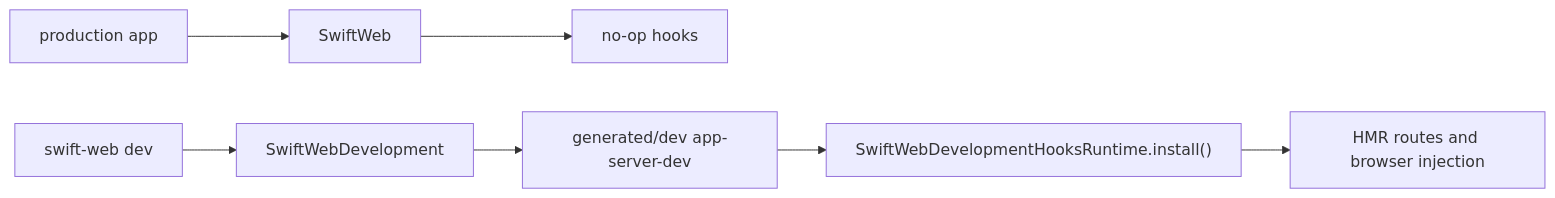
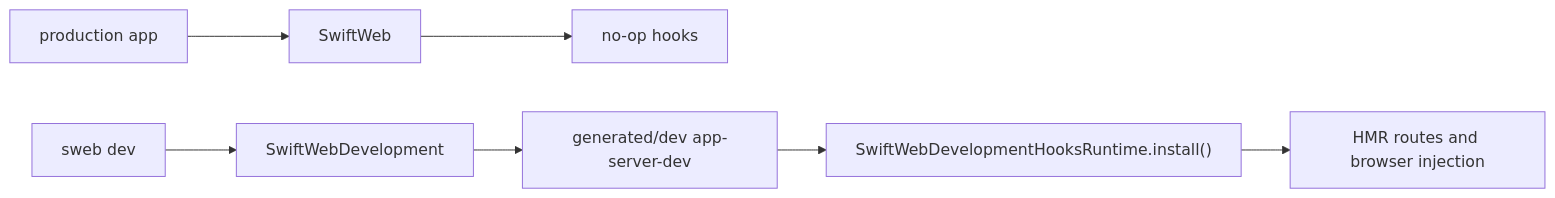
Before and after one commit to 1amageek/swift-web: the fourth of 6 diagrams in Sources/SwiftWebDevelopment/README.md, drawn with Mermaid. The commit also changed other lines of this file and 24 other files, not shown here.

Commit message:
Rename CLI to sweb and update dev workflow

````diff
--- a/Sources/SwiftWebDevelopment/README.md
+++ b/Sources/SwiftWebDevelopment/README.md
@@ -90,9 +90,9 @@
 ```mermaid
 flowchart LR
   A["production app"] --> B["SwiftWeb"]
   B --> C["no-op hooks"]
-  D["swift-web dev"] --> E["SwiftWebDevelopment"]
+  D["sweb dev"] --> E["SwiftWebDevelopment"]
   E --> F["generated/dev app-server-dev"]
   F --> G["SwiftWebDevelopmentHooksRuntime.install()"]
   G --> H["HMR routes and browser injection"]
 ```
````
